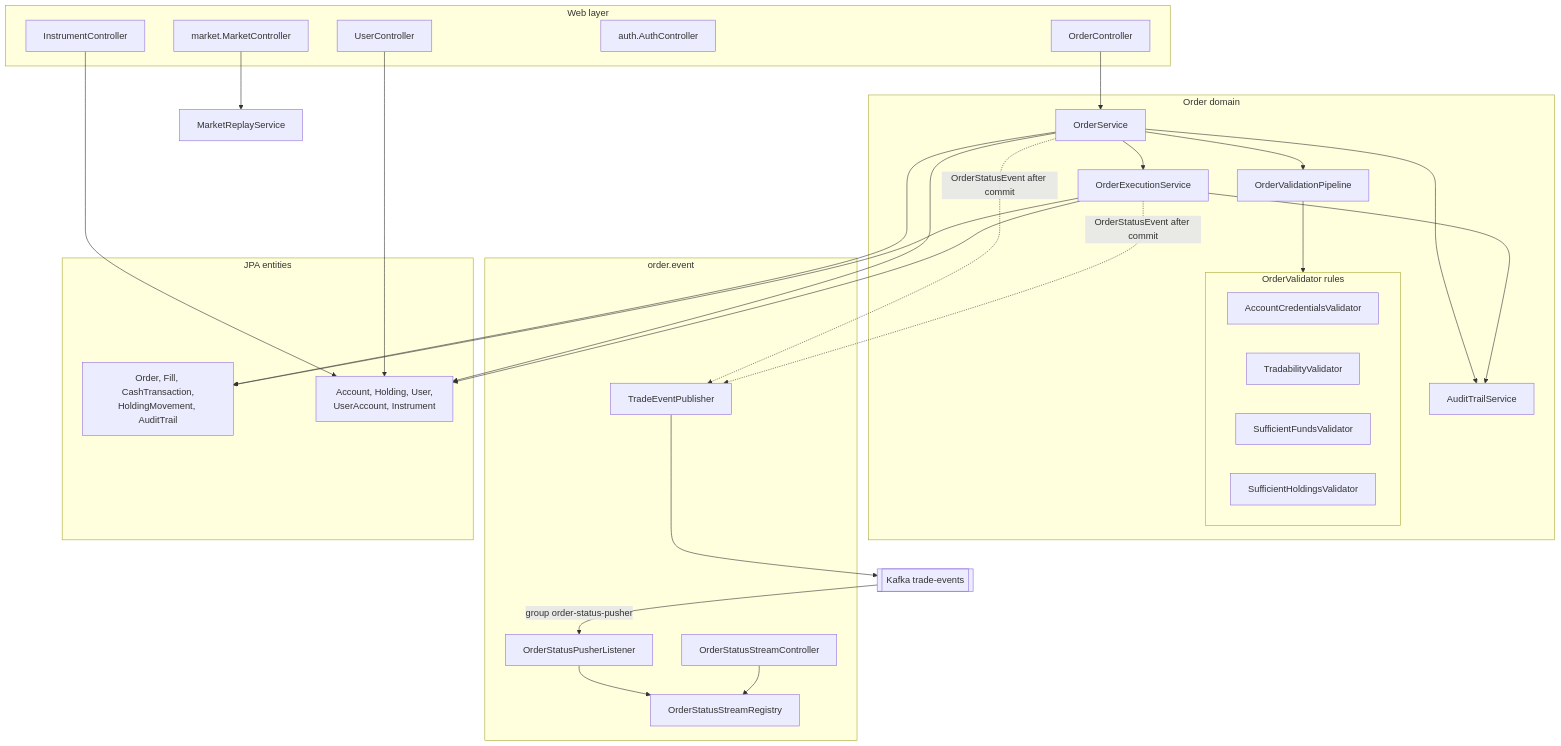
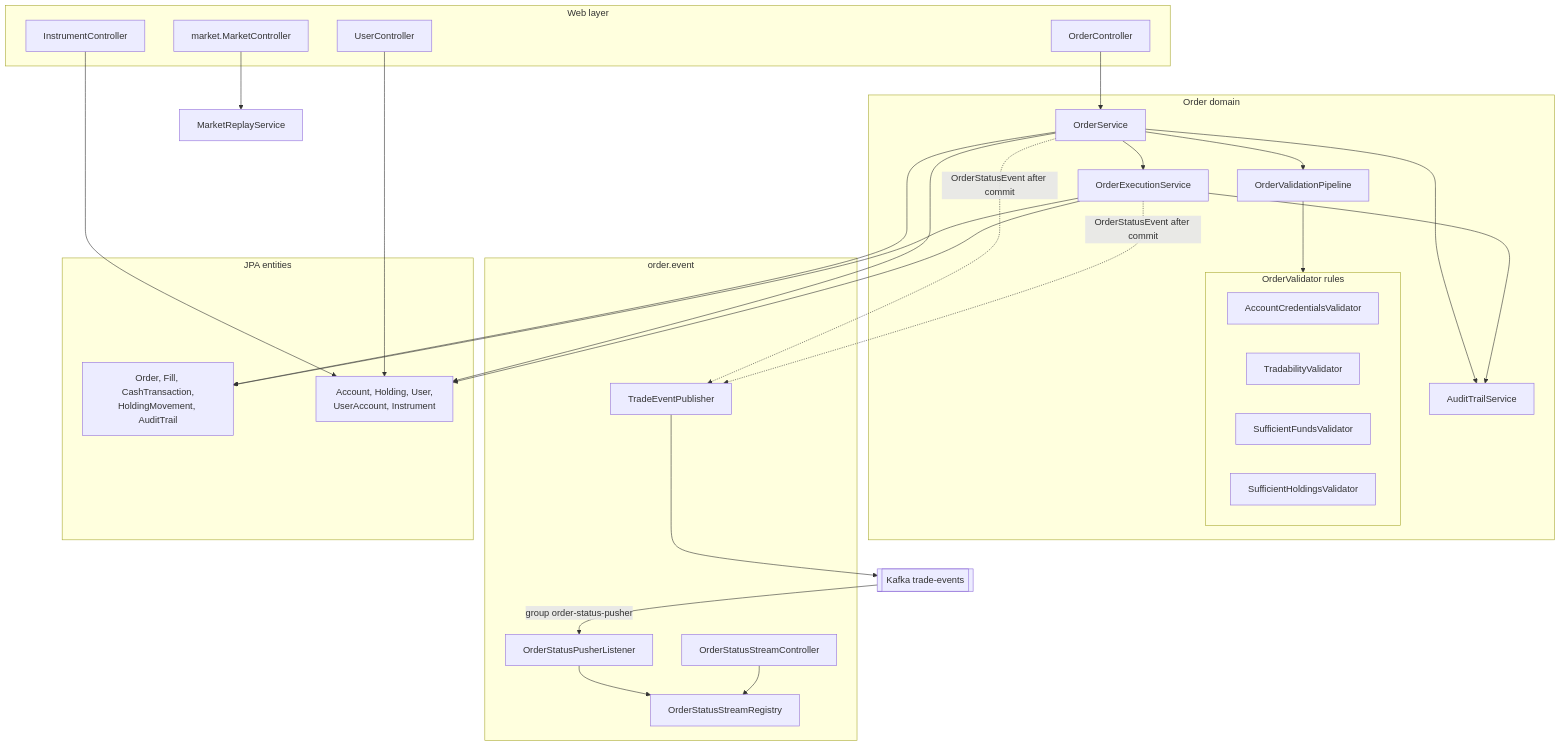
Before and after one commit to seankcheema/trading-season: the first of 3 diagrams in apps/order-and-sell-service/README.md, drawn with Mermaid. The commit also changed other lines of this file and 13 other files, not shown here.

````diff
--- a/apps/order-and-sell-service/README.md
+++ b/apps/order-and-sell-service/README.md
@@ -40,52 +38,51 @@
 ```mermaid
 flowchart TB
     subgraph Web["Web layer"]
         OC[OrderController]
         IC[InstrumentController]
         UC[UserController]
-        AC[auth.AuthController]
         MC[market.MarketController]
     end
     subgraph Domain["Order domain"]
         OS[OrderService]
         VP[OrderValidationPipeline]
         subgraph Rules["OrderValidator rules"]
             V1[AccountCredentialsValidator]
             V2[TradabilityValidator]
             V3[SufficientFundsValidator]
             V4[SufficientHoldingsValidator]
         end
         OE[OrderExecutionService]
         AT[AuditTrailService]
     end
     subgraph Events["order.event"]
         TP[TradeEventPublisher]
         PL[OrderStatusPusherListener]
         SR[OrderStatusStreamRegistry]
         SC[OrderStatusStreamController]
     end
     K[["Kafka trade-events"]]
     subgraph Data["JPA entities"]
         E1["Order, Fill, CashTransaction,<br/>HoldingMovement, AuditTrail"]
         E2["Account, Holding, User,<br/>UserAccount, Instrument"]
     end
     OC --> OS
     OS --> VP
     VP --> Rules
     OS --> OE
     OS --> AT
     OE --> AT
     OS --> E1
     OE --> E1
     OS --> E2
     OE --> E2
     IC --> E2
     UC --> E2
     MC --> MR[MarketReplayService]
     OS -. "OrderStatusEvent after commit" .-> TP
     OE -. "OrderStatusEvent after commit" .-> TP
     TP --> K
     K -- "group order-status-pusher" --> PL
     PL --> SR
     SC --> SR
 ```
````
